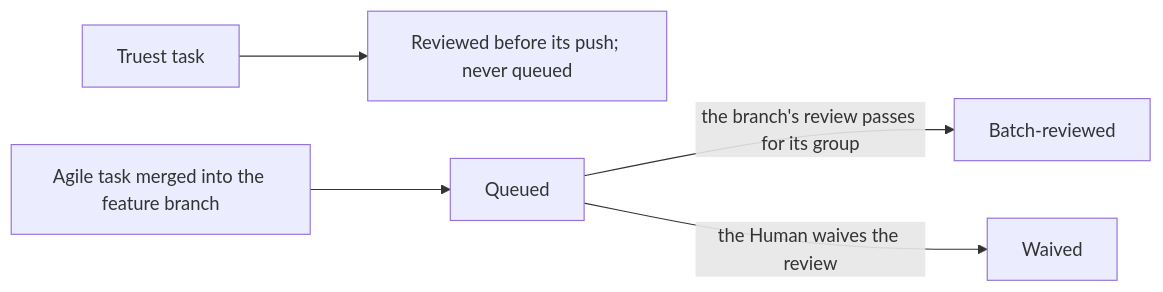
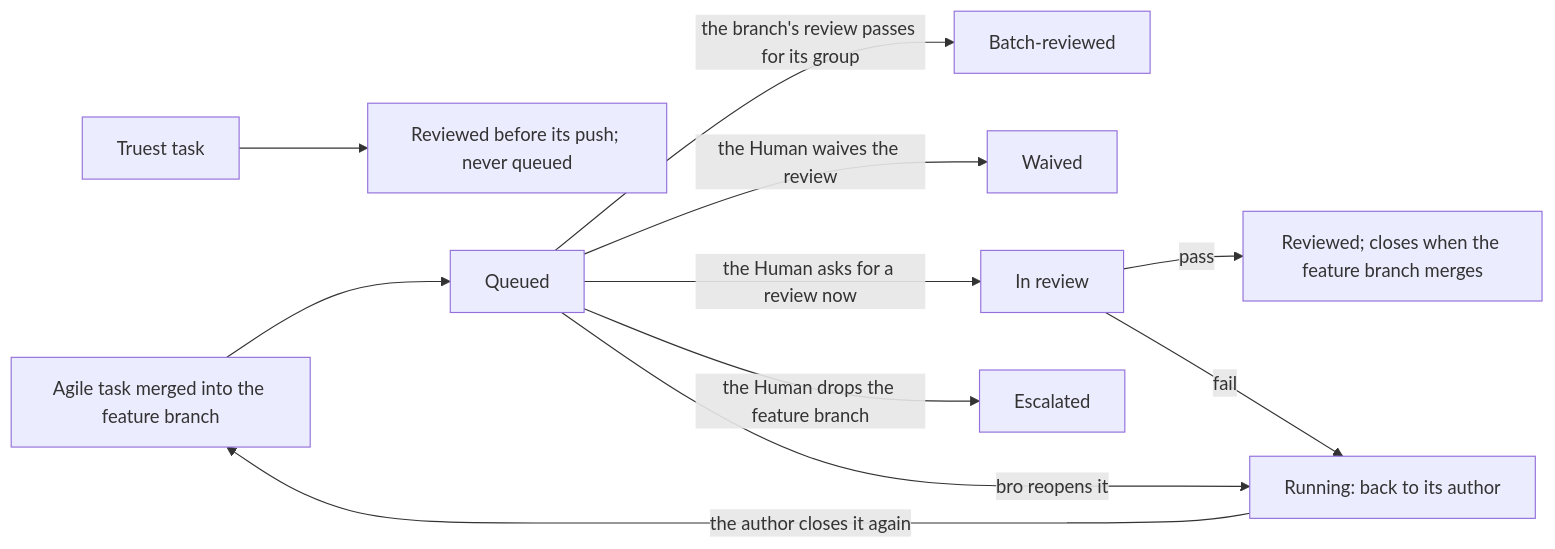
The third of 8 diagrams in docs/architecture/AGILE.md (trustmybot/plugin), drawn with Mermaid before and after one commit. The commit also changed other lines of this file and 4 other files, not shown here.

First line of the commit message:
📝 docs(tasks): fill lifecycle gaps in TASKS, FLOWS and AGILE (GH 3251)

````diff
--- a/docs/architecture/AGILE.md
+++ b/docs/architecture/AGILE.md
@@ -66,7 +66,13 @@
 ```mermaid
 flowchart LR
     T[Truest task] --> RV[Reviewed before its push; never queued]
     A[Agile task merged into the feature branch] --> Q[Queued]
     Q -- the branch's review passes for its group --> BR[Batch-reviewed]
     Q -- the Human waives the review --> W[Waived]
+    Q -- the Human asks for a review now --> IR[In review]
+    IR -- pass --> RD[Reviewed; closes when the feature branch merges]
+    IR -- fail --> RW[Running: back to its author]
+    Q -- bro reopens it --> RW
+    RW -- the author closes it again --> A
+    Q -- the Human drops the feature branch --> ES[Escalated]
 ```
````
